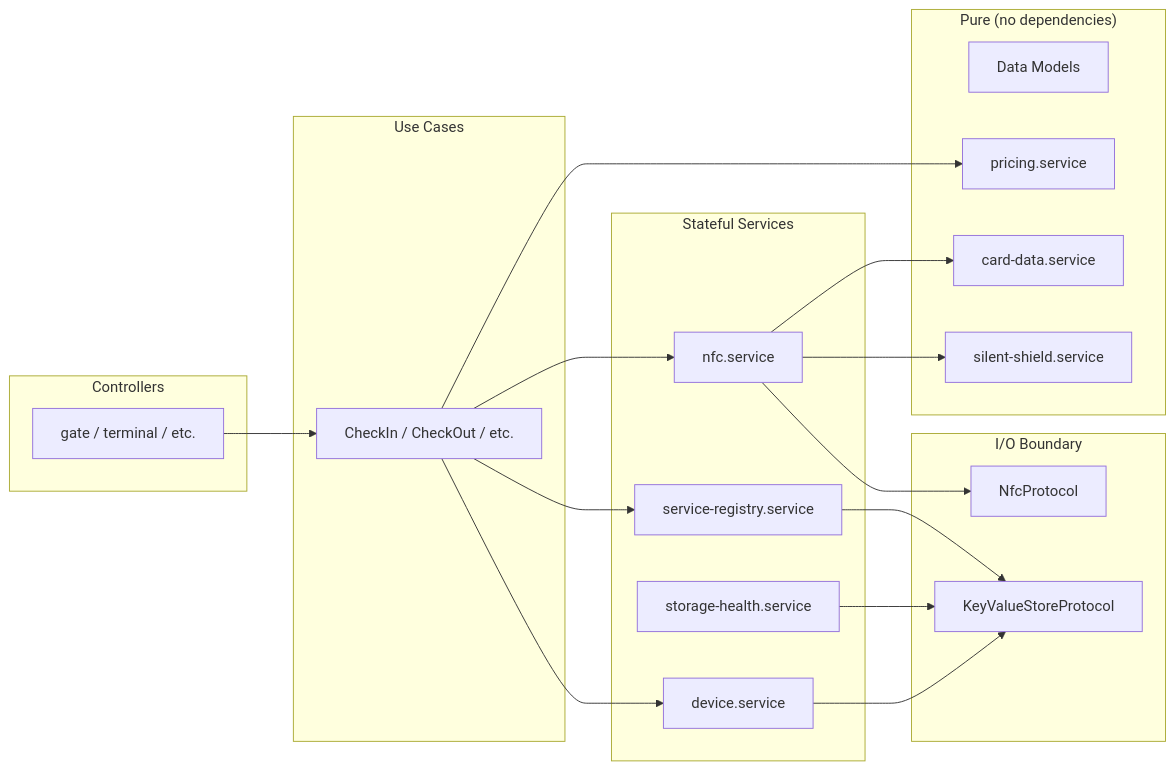
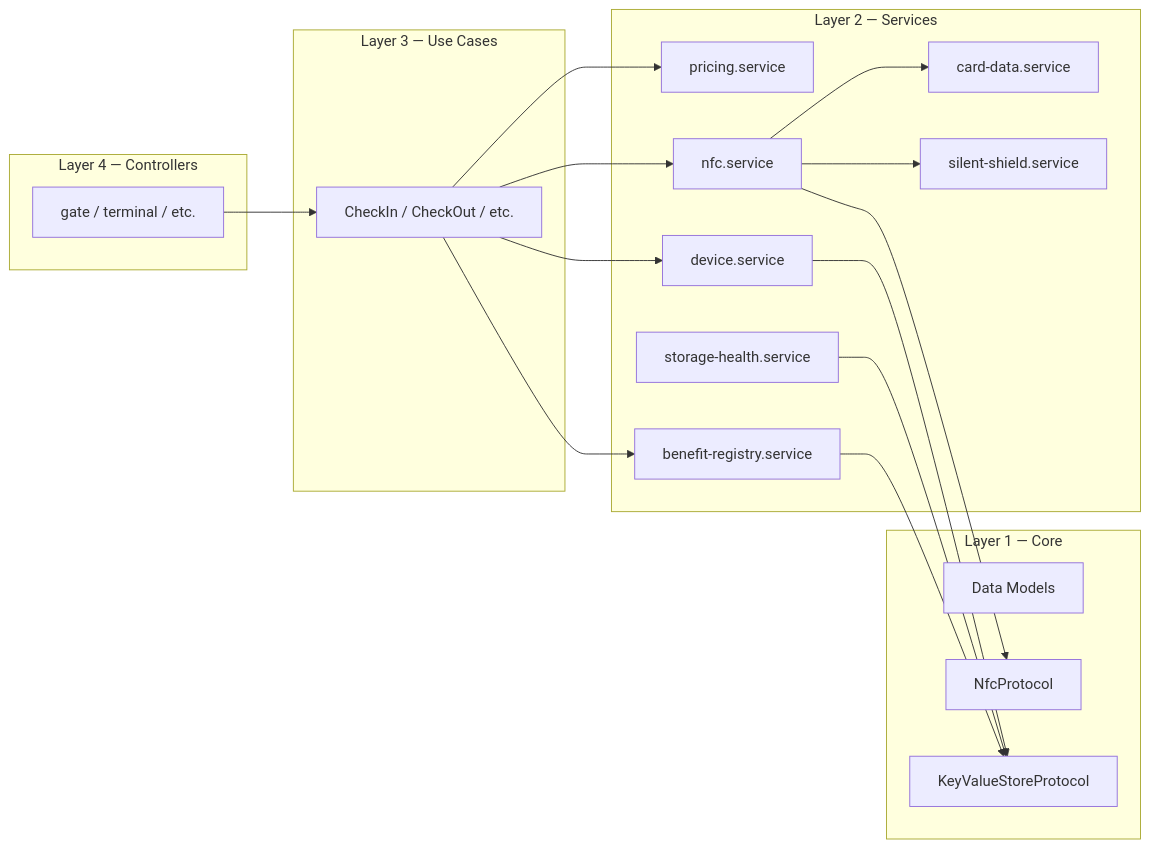
Before and after one commit to widdestoyud/assesment-s1-2026: the second of 2 diagrams in docs/wiki/membership-benefit-card/01-Architecture/Clean-Architecture.md, drawn with Mermaid. The commit also changed other lines of this file and 171 other files, not shown here.

````diff
--- a/docs/wiki/membership-benefit-card/01-Architecture/Clean-Architecture.md
+++ b/docs/wiki/membership-benefit-card/01-Architecture/Clean-Architecture.md
@@ -99,41 +92,38 @@
 ```mermaid
 graph LR
-    subgraph Pure["Pure (no dependencies)"]
+    subgraph Core["Layer 1 — Core"]
         Models[Data Models]
-        Pricing[pricing.service]
-        CardData[card-data.service]
-        Shield[silent-shield.service]
-    end
-
-    subgraph IOBoundary["I/O Boundary"]
         NfcProto[NfcProtocol]
         KvProto[KeyValueStoreProtocol]
     end
 
-    subgraph Stateful["Stateful Services"]
+    subgraph Services["Layer 2 — Services"]
+        Pricing[pricing.service]
+        CardData[card-data.service]
+        Shield[silent-shield.service]
         NfcSvc[nfc.service]
         DevSvc[device.service]
         HealthSvc[storage-health.service]
-        RegSvc[service-registry.service]
+        RegSvc[benefit-registry.service]
     end
 
-    subgraph UC["Use Cases"]
+    subgraph UC["Layer 3 — Use Cases"]
         UseCases[CheckIn / CheckOut / etc.]
     end
 
-    subgraph Ctrl["Controllers"]
+    subgraph Ctrl["Layer 4 — Controllers"]
         Controllers[gate / terminal / etc.]
     end
 
     NfcSvc --> NfcProto
     NfcSvc --> CardData
     NfcSvc --> Shield
     DevSvc --> KvProto
     HealthSvc --> KvProto
     RegSvc --> KvProto
     UseCases --> NfcSvc
     UseCases --> Pricing
     UseCases --> DevSvc
     UseCases --> RegSvc
     Controllers --> UseCases
 ```
````
